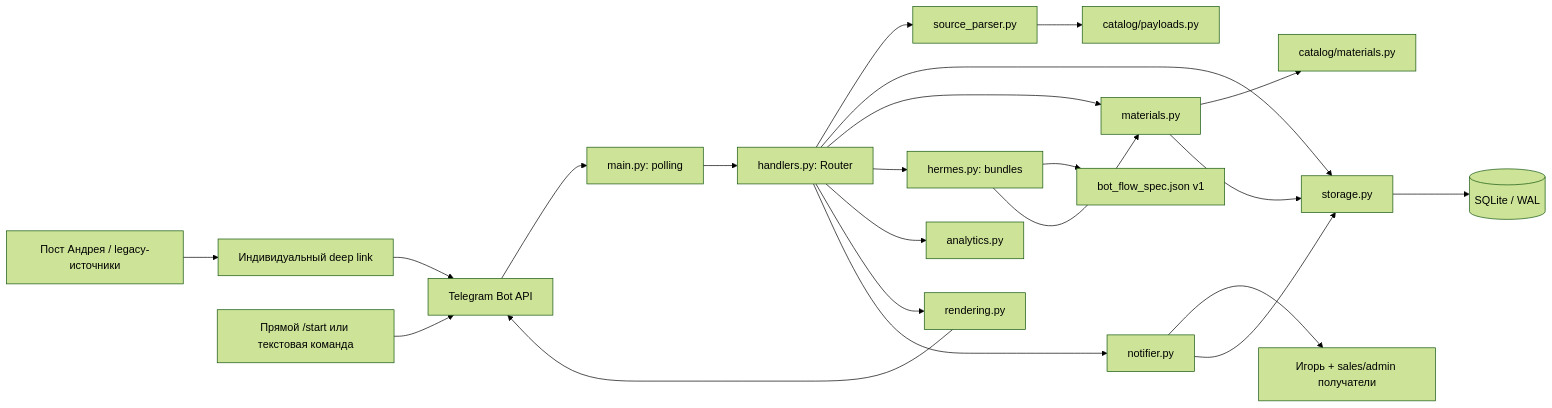
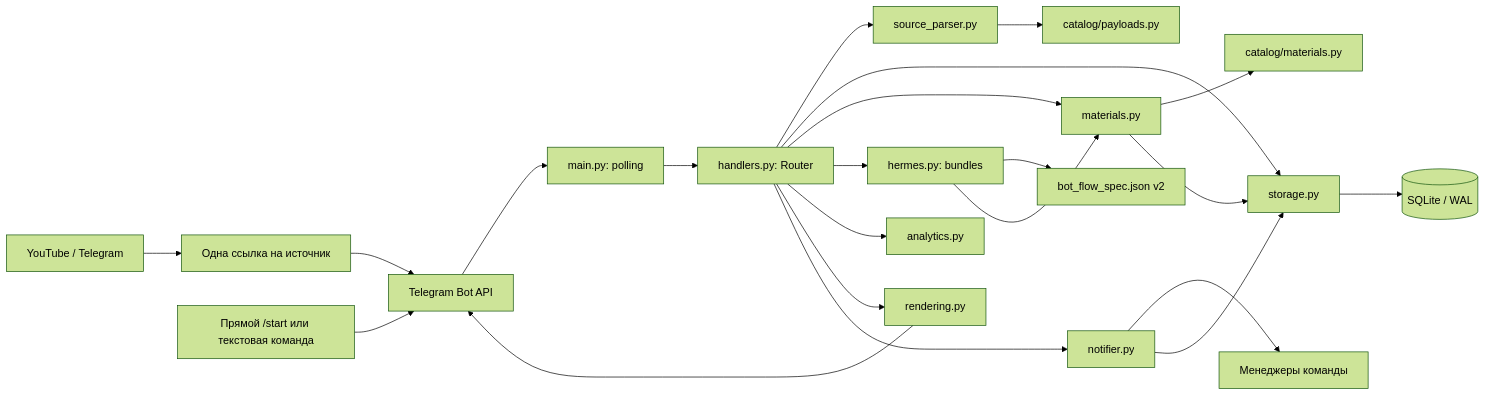
One commit to 0xAtsco/landing_rko changed the first of 4 diagrams in vc_funnel_bot/ARCHITECTURE.md. Above: the diagram before and after it, drawn with Mermaid (forest theme). The commit also changed other lines of this file and 20 other files, not shown here.

Commit message:
feat(vc-funnel): simplify Hermes sales handoff

````diff
--- a/vc_funnel_bot/ARCHITECTURE.md
+++ b/vc_funnel_bot/ARCHITECTURE.md
@@ -27,24 +27,24 @@
 ```mermaid
 flowchart LR
-    Content["Пост Андрея / legacy-источники"] --> Link["Индивидуальный deep link"]
+    Content["YouTube / Telegram"] --> Link["Одна ссылка на источник"]
     Direct["Прямой /start или текстовая команда"] --> Telegram
     Link --> Telegram["Telegram Bot API"]
     Telegram --> Main["main.py: polling"]
     Main --> Router["handlers.py: Router"]
     Router --> Parser["source_parser.py"]
     Parser --> Catalog["catalog/payloads.py"]
     Router --> Storage["storage.py"]
     Router --> Materials["materials.py"]
     Router --> Hermes["hermes.py: bundles"]
-    Hermes --> HermesSpec["bot_flow_spec.json v1"]
+    Hermes --> HermesSpec["bot_flow_spec.json v2"]
     Hermes --> Materials
     Materials --> MaterialCatalog["catalog/materials.py"]
     Materials --> Storage
     Router --> Analytics["analytics.py"]
     Router --> Renderer["rendering.py"]
     Renderer --> Telegram
     Router --> Notifier["notifier.py"]
-    Notifier --> Sales["Игорь + sales/admin получатели"]
+    Notifier --> Sales["Менеджеры команды"]
     Notifier --> Storage
     Storage --> SQLite[("SQLite / WAL")]
 ```
````
